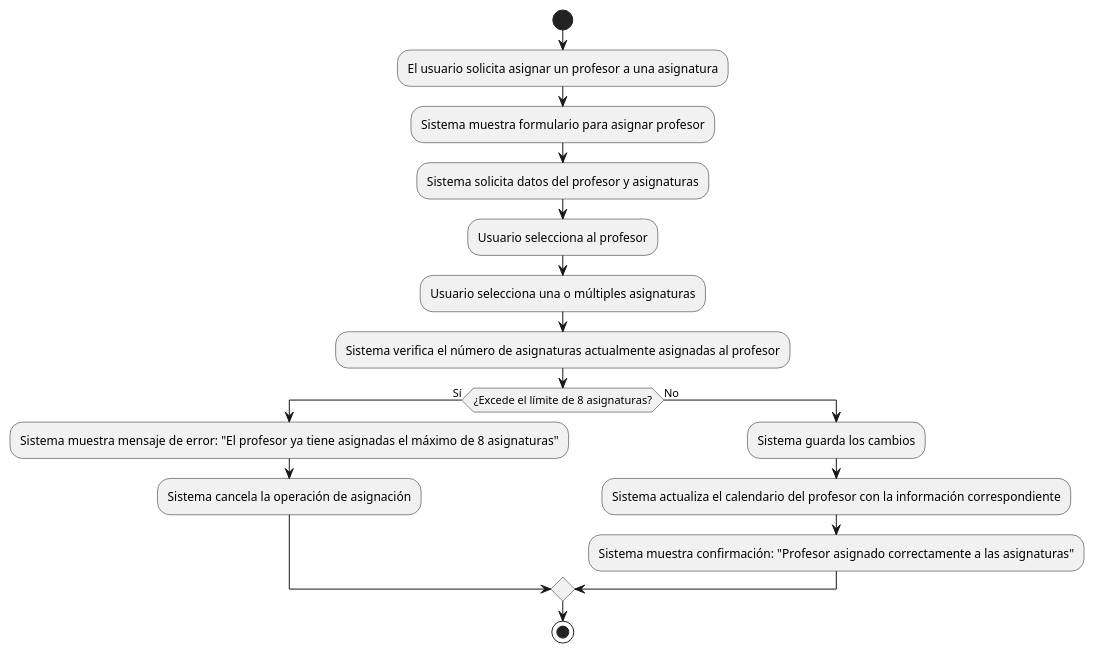
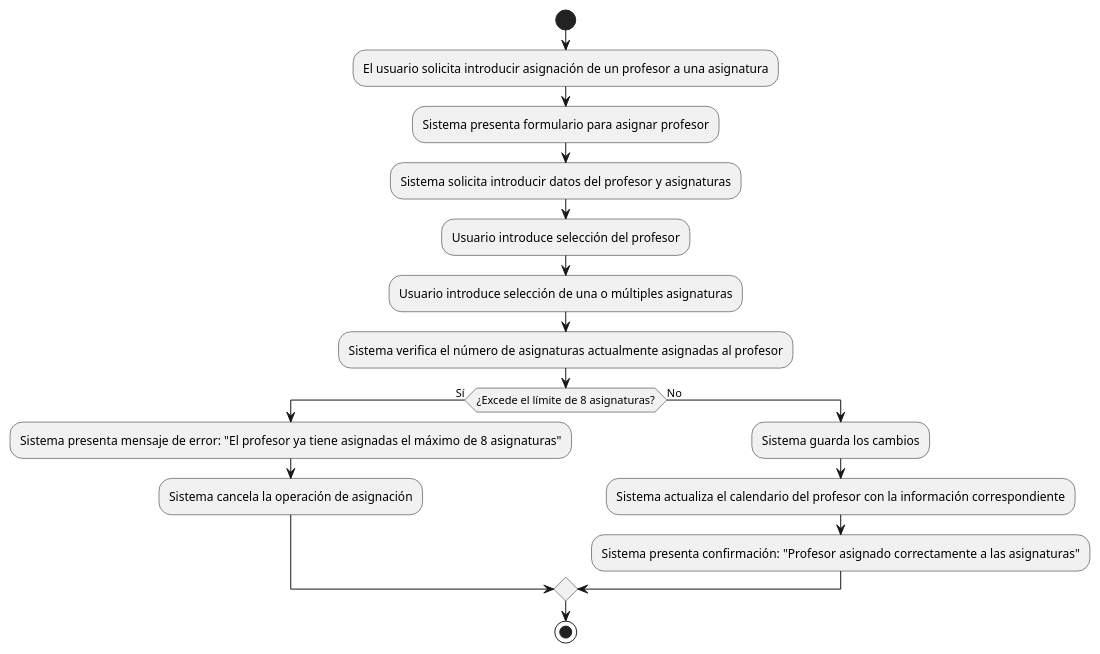
One commit to mmasias/24-25-IdSw1-SDR changed the diagram in casosDeUso/plantUML/AsignarProfesor.puml. Above: the diagram before and after it, drawn with PlantUML.

```diff
--- a/casosDeUso/plantUML/AsignarProfesor.puml
+++ b/casosDeUso/plantUML/AsignarProfesor.puml
@@ -1,18 +1,18 @@
-@startuml
+@startuml 
 start
-:El usuario solicita asignar un profesor a una asignatura;
-:Sistema muestra formulario para asignar profesor;
-:Sistema solicita datos del profesor y asignaturas;
-:Usuario selecciona al profesor;
-:Usuario selecciona una o múltiples asignaturas;
+:El usuario solicita introducir asignación de un profesor a una asignatura;
+:Sistema presenta formulario para asignar profesor;
+:Sistema solicita introducir datos del profesor y asignaturas;
+:Usuario introduce selección del profesor;
+:Usuario introduce selección de una o múltiples asignaturas;
 :Sistema verifica el número de asignaturas actualmente asignadas al profesor;
 if (¿Excede el límite de 8 asignaturas?) then (Sí)
-  :Sistema muestra mensaje de error: "El profesor ya tiene asignadas el máximo de 8 asignaturas";
+  :Sistema presenta mensaje de error: "El profesor ya tiene asignadas el máximo de 8 asignaturas";
   :Sistema cancela la operación de asignación;
 else (No)
   :Sistema guarda los cambios;
   :Sistema actualiza el calendario del profesor con la información correspondiente;
-  :Sistema muestra confirmación: "Profesor asignado correctamente a las asignaturas";
+  :Sistema presenta confirmación: "Profesor asignado correctamente a las asignaturas";
 endif
 stop
 @enduml
```
